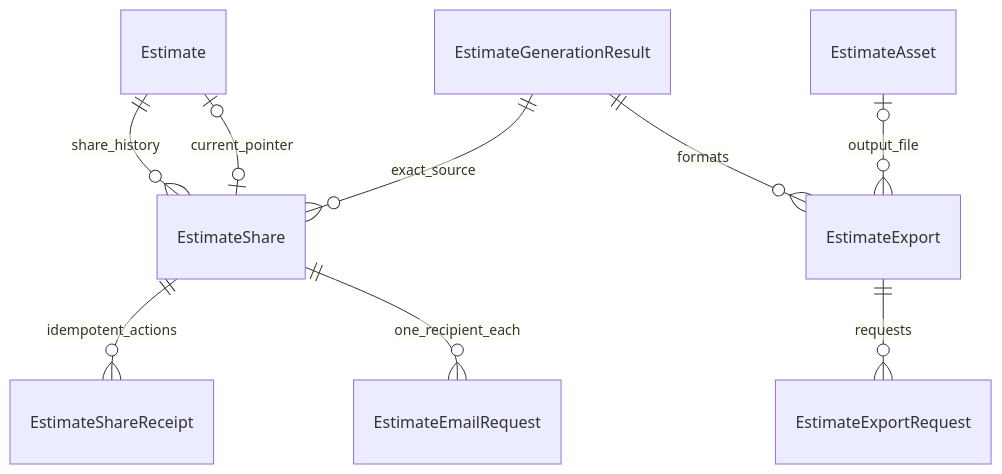
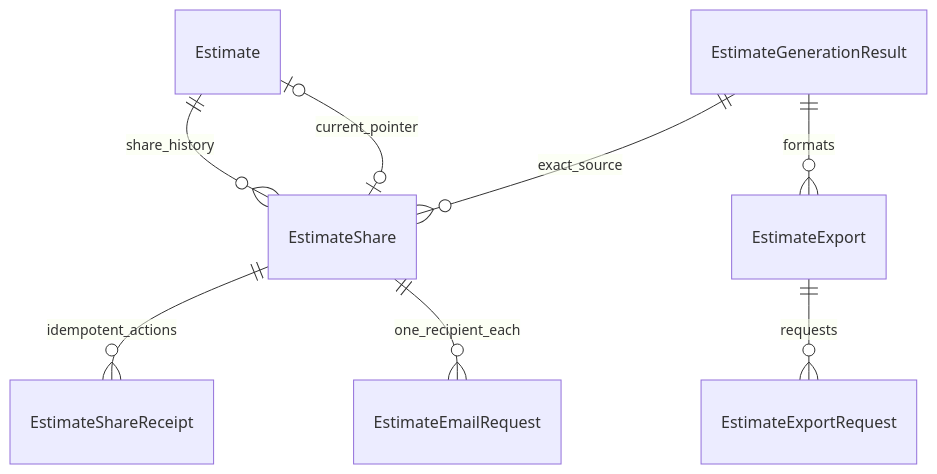
The fifth of 5 diagrams in tdd/TDD-PROJ-003.md (TaskCoper/bmt-documentation), drawn with Mermaid before and after one commit. The commit also changed other lines of this file and 25 other files, not shown here.

````diff
--- a/tdd/TDD-PROJ-003.md
+++ b/tdd/TDD-PROJ-003.md
@@ -235,11 +248,10 @@
 ```mermaid
 erDiagram
     Estimate ||--o{ EstimateShare : share_history
     Estimate o|--o| EstimateShare : current_pointer
     EstimateGenerationResult ||--o{ EstimateShare : exact_source
     EstimateGenerationResult ||--o{ EstimateExport : formats
     EstimateExport ||--o{ EstimateExportRequest : requests
-    EstimateAsset o|--o{ EstimateExport : output_file
     EstimateShare ||--o{ EstimateShareReceipt : idempotent_actions
     EstimateShare ||--o{ EstimateEmailRequest : one_recipient_each
 ```
````
